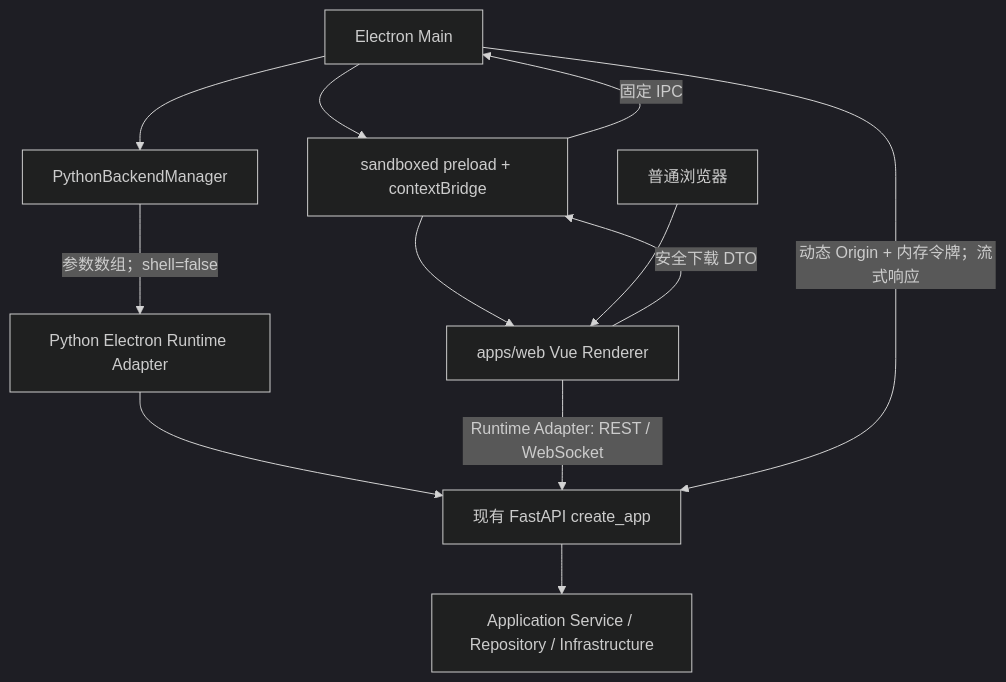
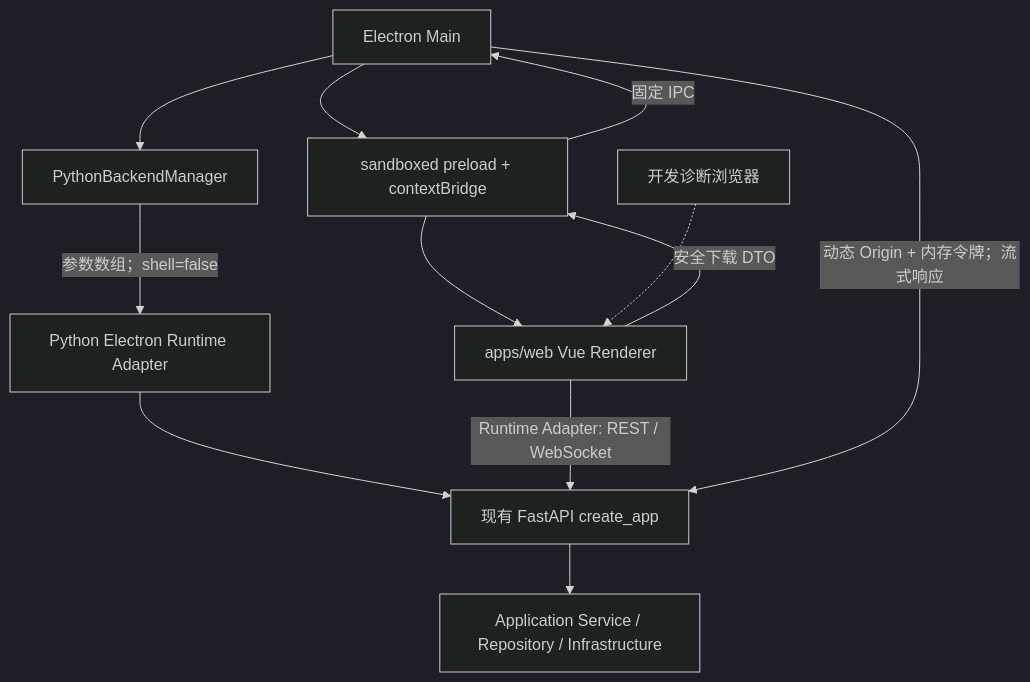
Before and after one commit to wxj183589/NetConsole: the diagram in docs/ELECTRON_DESKTOP.md, drawn with Mermaid (dark theme). The commit also changed other lines of this file and 12 other files, not shown here.

Commit message:
docs(architecture): 固定 Electron 单一桌面产品与对等标准

````diff
--- a/docs/ELECTRON_DESKTOP.md
+++ b/docs/ELECTRON_DESKTOP.md
@@ -20,14 +20,14 @@
 ```mermaid
 flowchart TD
     EM["Electron Main"] --> PM["PythonBackendManager"]
     PM -->|"参数数组；shell=false"| PY["Python Electron Runtime Adapter"]
     PY --> API["现有 FastAPI create_app"]
     API --> AS["Application Service / Repository / Infrastructure"]
     EM --> PRE["sandboxed preload + contextBridge"]
     PRE --> VUE["apps/web Vue Renderer"]
     VUE -->|"Runtime Adapter: REST / WebSocket"| API
     VUE -->|"安全下载 DTO"| PRE
     PRE -->|"固定 IPC"| EM
     EM -->|"动态 Origin + 内存令牌；流式响应"| API
-    BROWSER["普通浏览器"] --> VUE
+    BROWSER["开发诊断浏览器"] -.-> VUE
 ```
````
